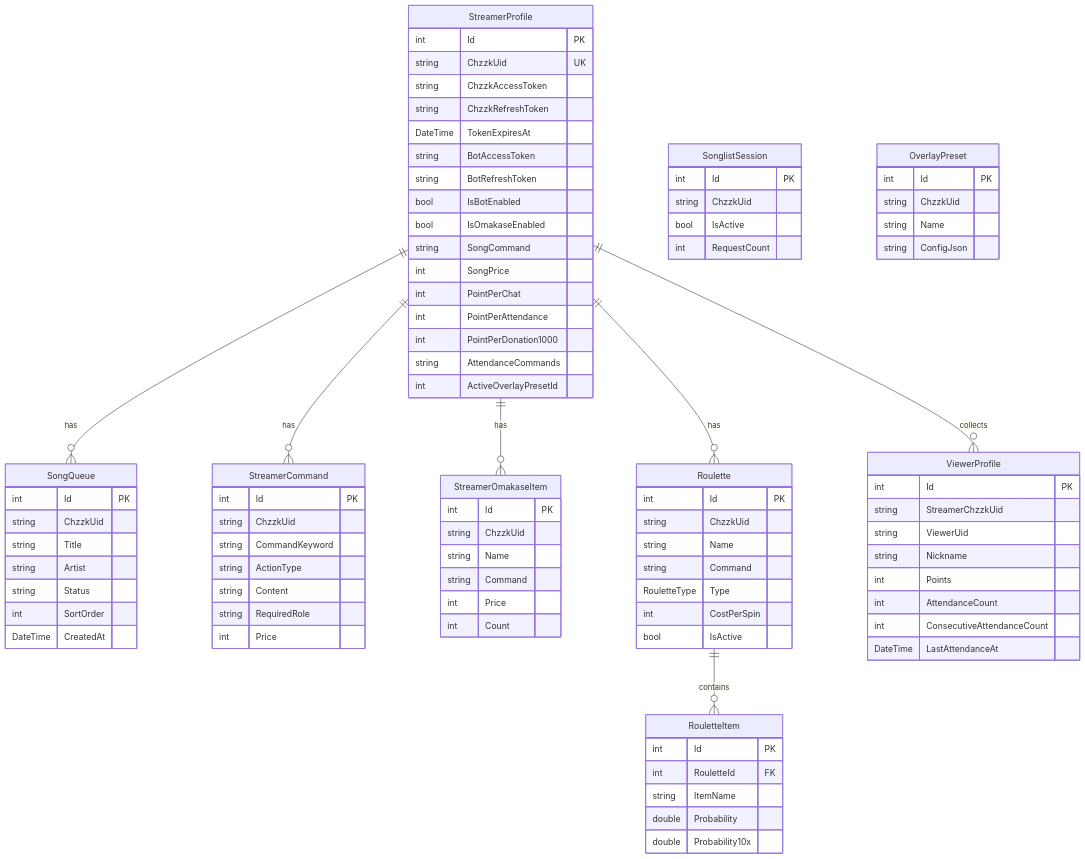
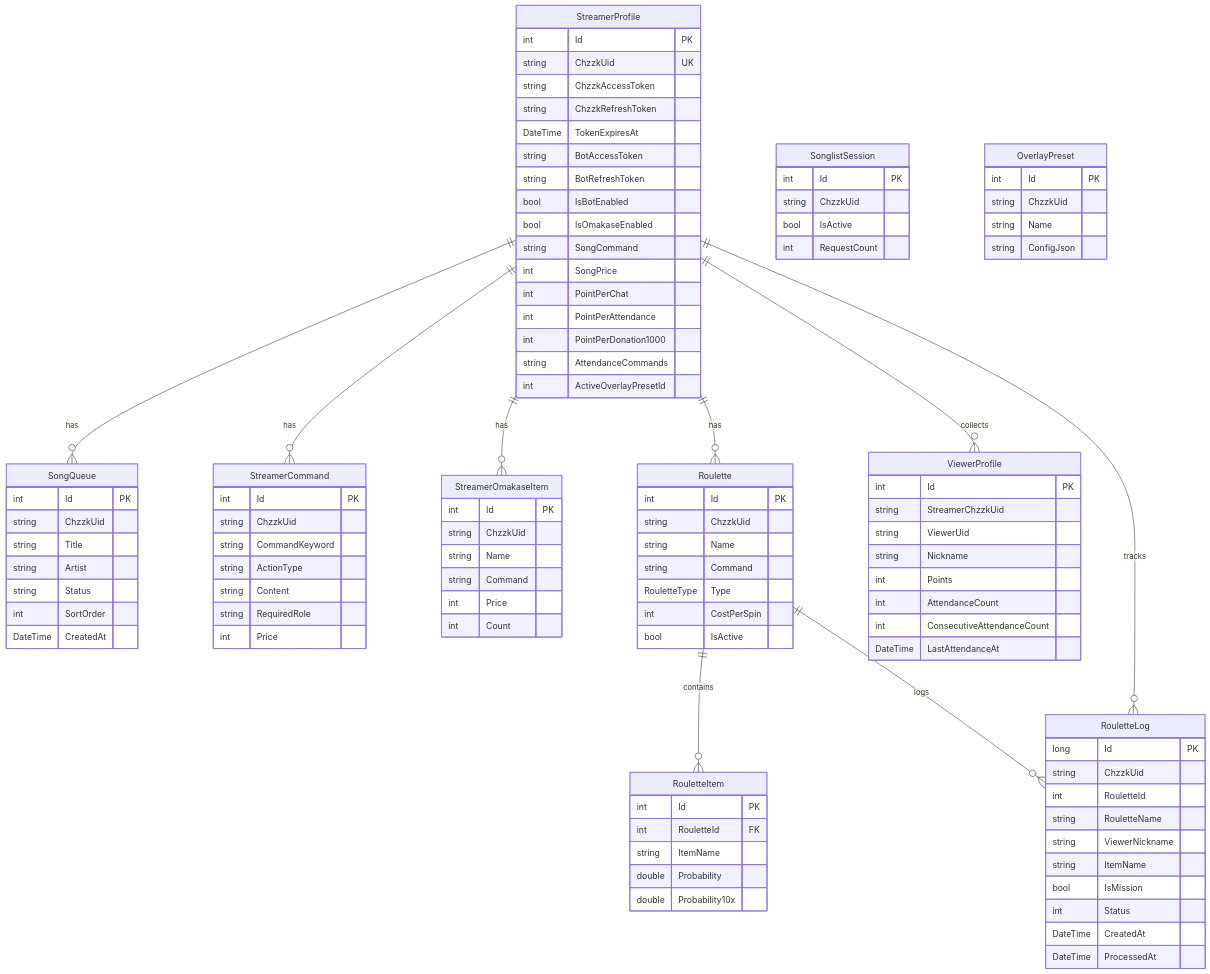
One commit to mooldang257/MooldangBot changed the second of 3 diagrams in md/Research.md. Above: the diagram before and after it, drawn with Mermaid. The commit also changed other lines of this file and 8 other files, not shown here.

````diff
--- a/md/Research.md
+++ b/md/Research.md
@@ -230,10 +230,25 @@
         string ConfigJson
     }
 
+    RouletteLog {
+        long Id PK
+        string ChzzkUid
+        int RouletteId
+        string RouletteName
+        string ViewerNickname
+        string ItemName
+        bool IsMission
+        int Status
+        DateTime CreatedAt
+        DateTime ProcessedAt
+    }
+
     StreamerProfile ||--o{ SongQueue : "has"
     StreamerProfile ||--o{ StreamerCommand : "has"
     StreamerProfile ||--o{ StreamerOmakaseItem : "has"
     StreamerProfile ||--o{ Roulette : "has"
     StreamerProfile ||--o{ ViewerProfile : "collects"
+    StreamerProfile ||--o{ RouletteLog : "tracks"
     Roulette ||--o{ RouletteItem : "contains"
+    Roulette ||--o{ RouletteLog : "logs"
 ```
````
